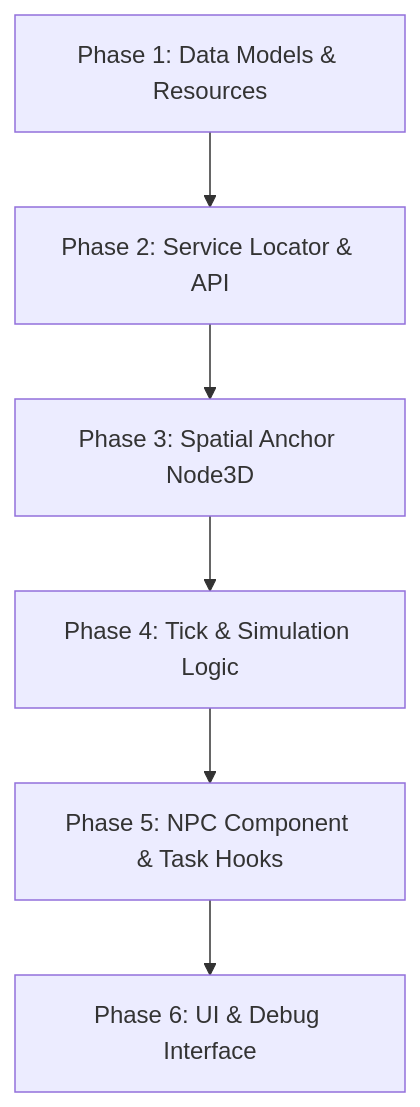
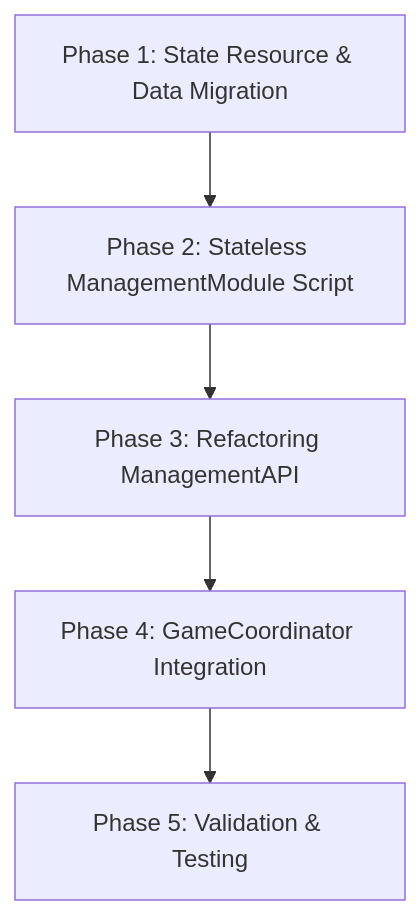
One commit to waldsterbenn/gamedev-feudal changed the diagram in docs/design/management-module-plan.md. Above: the diagram before and after it, drawn with Mermaid. The commit also changed other lines of this file and 11 other files, not shown here.

Commit message:
Some more work on the gamecoordinator and management module

````diff
--- a/docs/design/management-module-plan.md
+++ b/docs/design/management-module-plan.md
@@ -5,8 +5,7 @@
 ```mermaid
 graph TD
-    Phase1["Phase 1: Data Models & Resources"] --> Phase2["Phase 2: Service Locator & API"]
-    Phase2 --> Phase3["Phase 3: Spatial Anchor Node3D"]
-    Phase3 --> Phase4["Phase 4: Tick & Simulation Logic"]
-    Phase4 --> Phase5["Phase 5: NPC Component & Task Hooks"]
-    Phase5 --> Phase6["Phase 6: UI & Debug Interface"]
+    Phase1["Phase 1: State Resource & Data Migration"] --> Phase2["Phase 2: Stateless ManagementModule Script"]
+    Phase2 --> Phase3["Phase 3: Refactoring ManagementAPI"]
+    Phase3 --> Phase4["Phase 4: GameCoordinator Integration"]
+    Phase4 --> Phase5["Phase 5: Validation & Testing"]
 ```
````
